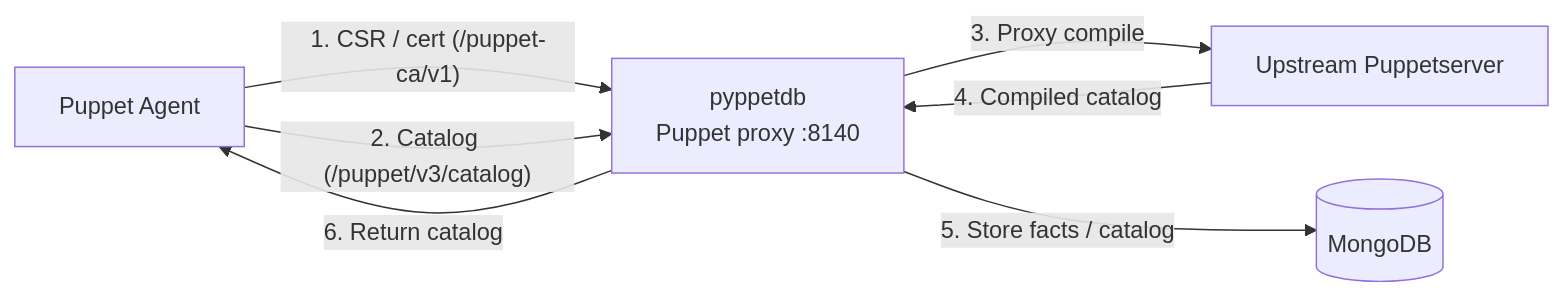
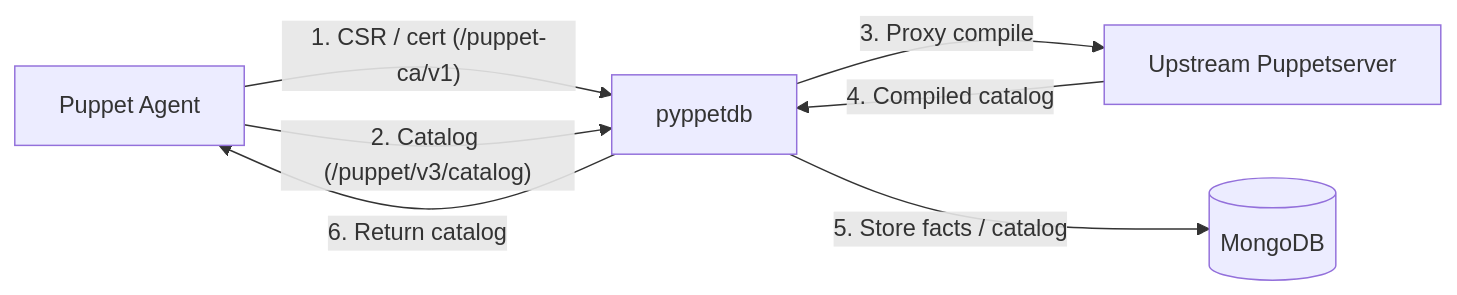
The second of 4 diagrams in docs/architecture.md (schlitzered/pyppetdb), drawn with Mermaid before and after one commit. The commit also changed other lines of this file and 4 other files, not shown here.

````diff
--- a/docs/architecture.md
+++ b/docs/architecture.md
@@ -61,14 +59,14 @@
 ```mermaid
 graph LR
     Node[Puppet Agent]
-    P1["pyppetdb<br/>Puppet proxy :8140"]
+    P1["pyppetdb"]
     UPS[Upstream Puppetserver]
     DB[(MongoDB)]
 
     Node -- "1. CSR / cert (/puppet-ca/v1)" --> P1
     Node -- "2. Catalog (/puppet/v3/catalog)" --> P1
     P1 -- "3. Proxy compile" --> UPS
     UPS -- "4. Compiled catalog" --> P1
     P1 -- "5. Store facts / catalog" --> DB
     P1 -- "6. Return catalog" --> Node
 ```
````
